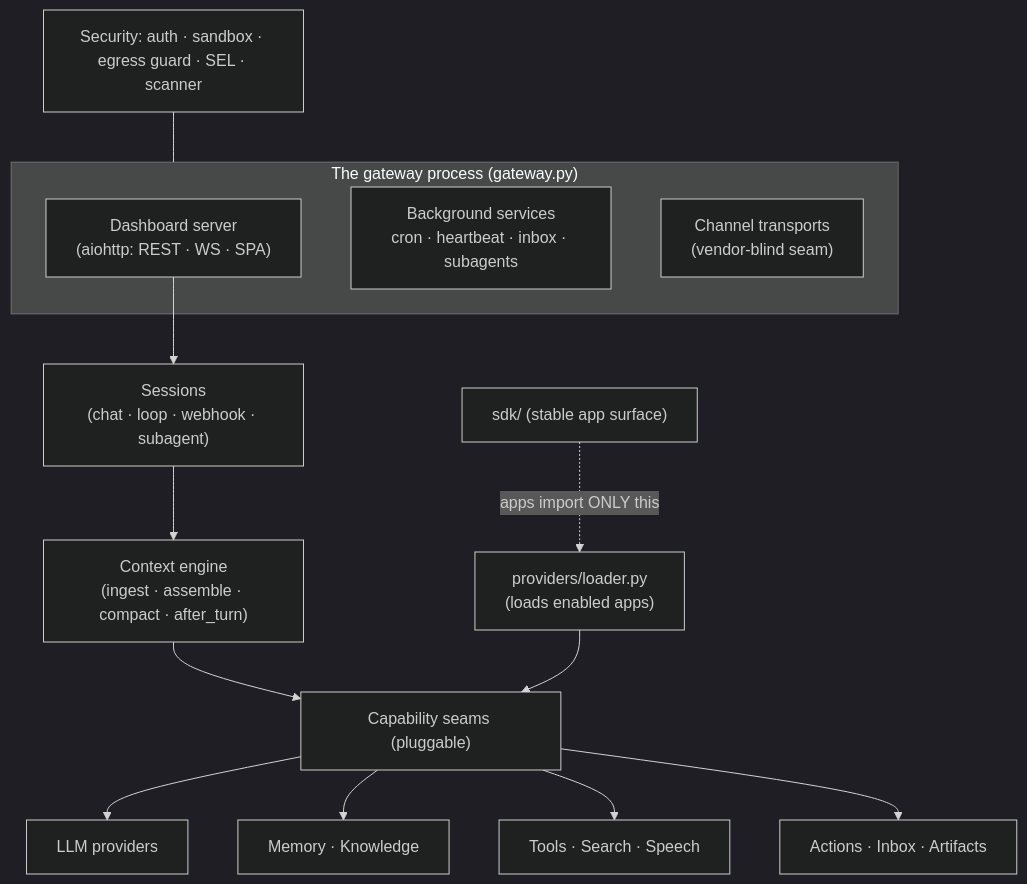
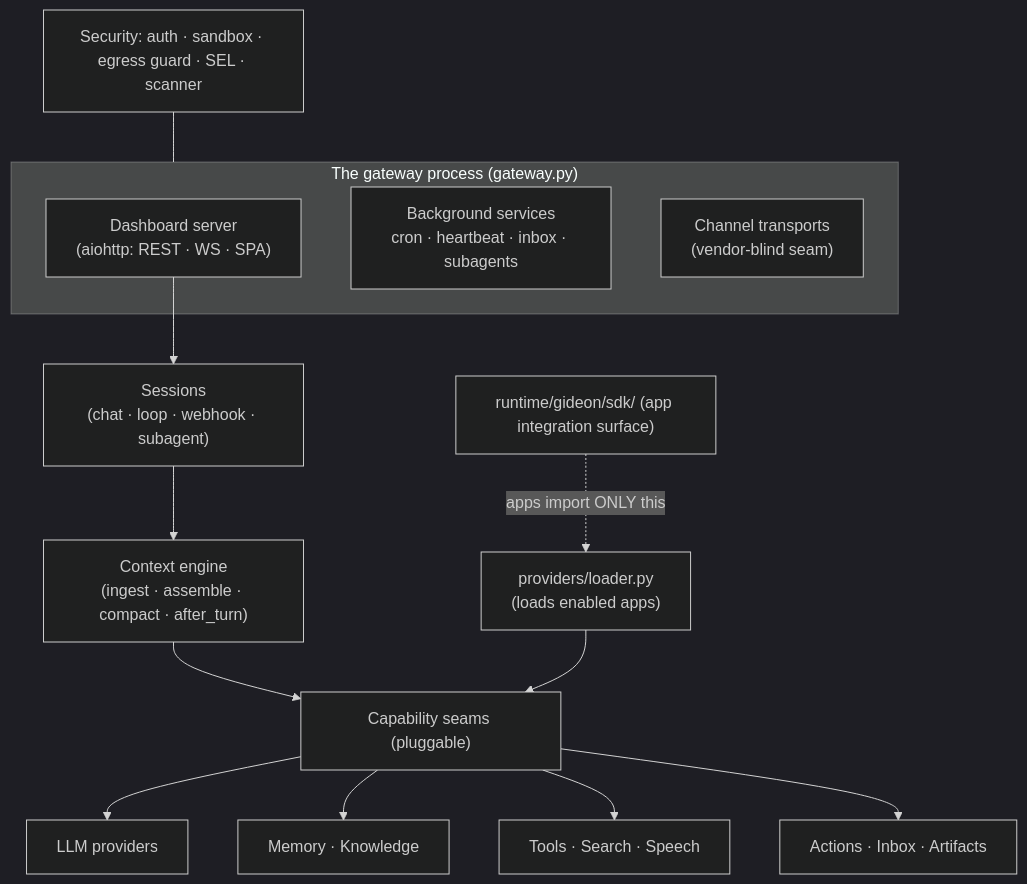
The diagram in docs/architecture/overview.md (Sidiora-Labs/centra-gideon-agent), drawn with Mermaid (dark theme) before and after one commit. The commit also changed other lines of this file and 7140 other files, not shown here.

Commit message:
feat(platform): we complete the Gideon system integration

````diff
--- a/docs/architecture/overview.md
+++ b/docs/architecture/overview.md
@@ -9,18 +9,18 @@
 ```mermaid
 flowchart TB
     subgraph proc["The gateway process (gateway.py)"]
         DASH["Dashboard server\n(aiohttp: REST · WS · SPA)"]
         BG["Background services\ncron · heartbeat · inbox · subagents"]
         CT["Channel transports\n(vendor-blind seam)"]
     end
     DASH --> SESS["Sessions\n(chat · loop · webhook · subagent)"]
     SESS --> CE["Context engine\n(ingest · assemble · compact · after_turn)"]
     CE --> CAP["Capability seams (pluggable)"]
     CAP --> LLM["LLM providers"]
     CAP --> MEMK["Memory · Knowledge"]
     CAP --> TOOLS["Tools · Search · Speech"]
     CAP --> ACT["Actions · Inbox · Artifacts"]
     PROV["providers/loader.py\n(loads enabled apps)"] --> CAP
-    SDK["sdk/ (stable app surface)"] -. "apps import ONLY this" .-> PROV
+    SDK["runtime/gideon/sdk/ (app integration surface)"] -. "apps import ONLY this" .-> PROV
     SEC["Security: auth · sandbox · egress guard · SEL · scanner"] --- proc
 ```
````
